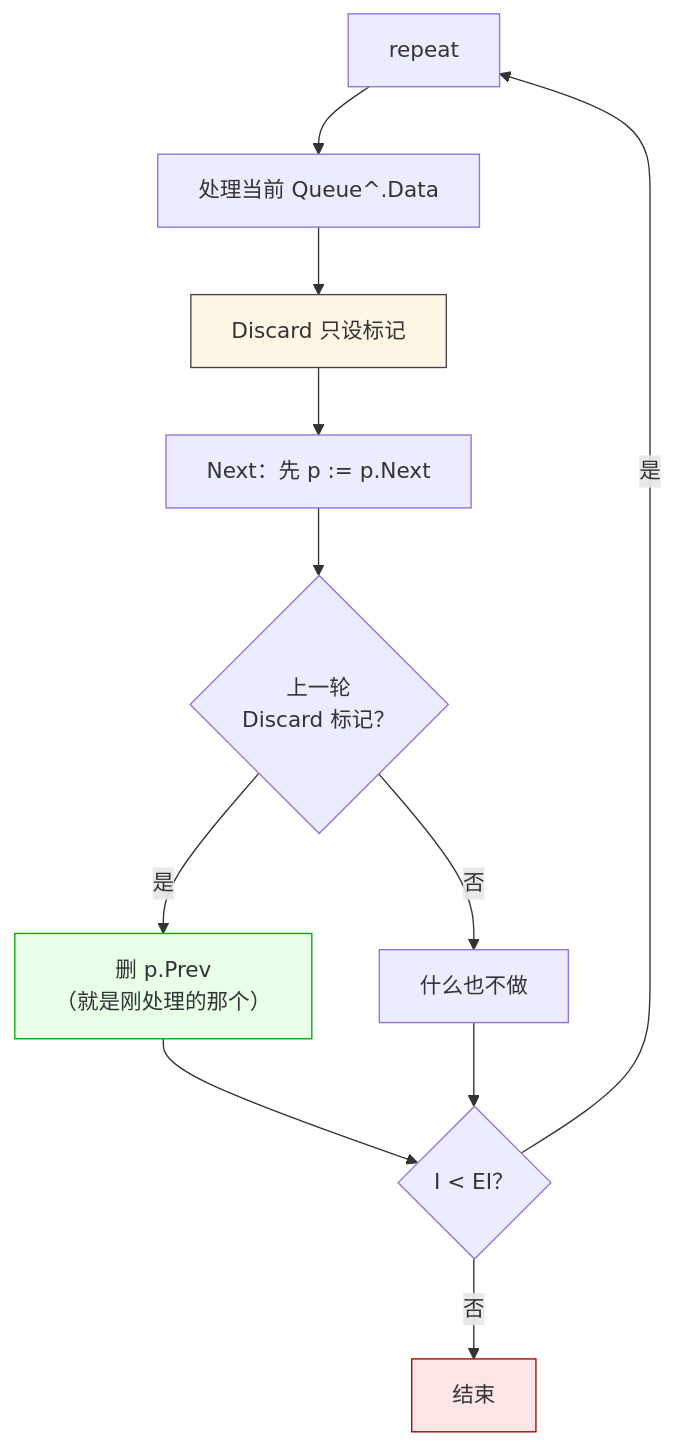
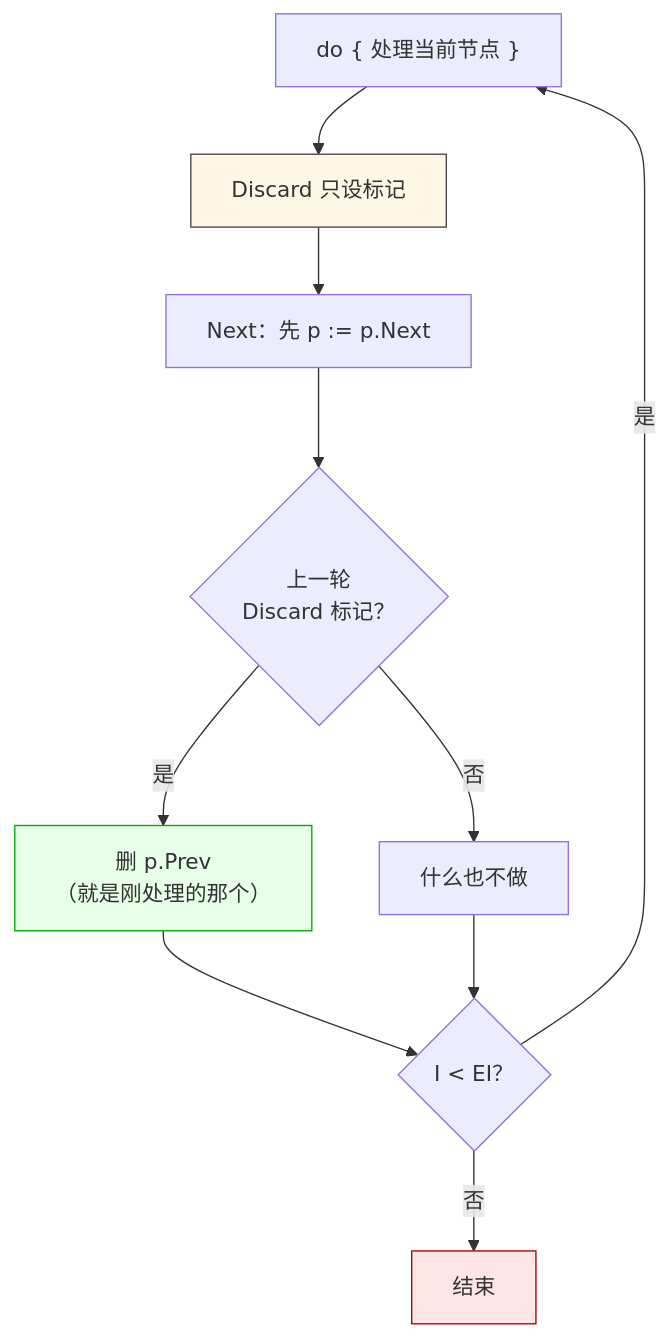
The diagram in doc/LF_TBigList_Iterator.md (PassByYou888/LingoFuse), drawn with Mermaid before and after one commit. The commit also changed other lines of this file, not shown here.

````diff
--- a/doc/LF_TBigList_Iterator.md
+++ b/doc/LF_TBigList_Iterator.md
@@ -5,17 +5,16 @@
 ```mermaid
 flowchart TD
-    A["repeat"] --> B["处理当前 Queue^.Data"]
-    B --> C["Discard 只设标记"]
-    C --> D["Next：先 p := p.Next"]
-    D --> E{"上一轮<br/>Discard 标记？"}
-    E -- 是 --> F["删 p.Prev<br/>（就是刚处理的那个）"]
-    E -- 否 --> G["什么也不做"]
-    F --> H{"I < EI？"}
-    G --> H
-    H -- 是 --> A
-    H -- 否 --> I["结束"]
+    A["do { 处理当前节点 }"] --> B["Discard 只设标记"]
+    B --> C["Next：先 p := p.Next"]
+    C --> D{"上一轮<br/>Discard 标记？"}
+    D -- 是 --> E["删 p.Prev<br/>（就是刚处理的那个）"]
+    D -- 否 --> F["什么也不做"]
+    E --> G{"I < EI？"}
+    F --> G
+    G -- 是 --> A
+    G -- 否 --> H["结束"]
 
-    style C fill:#fff7e6,stroke:#444
-    style F fill:#e8ffe8,stroke:#0a0
-    style I fill:#ffe6e6,stroke:#a00
+    style B fill:#fff7e6,stroke:#444
+    style E fill:#e8ffe8,stroke:#0a0
+    style H fill:#ffe6e6,stroke:#a00
 ```
````
